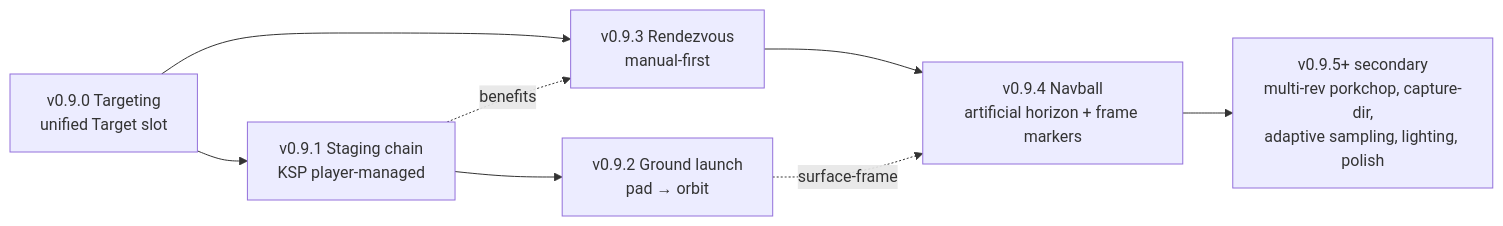
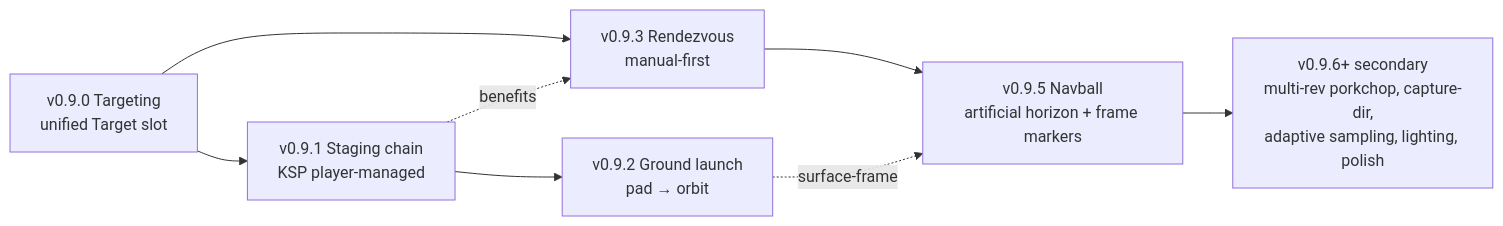
Before and after one commit to jasonfen/terminal-space-program: the diagram in docs/v0.9-plan.md, drawn with Mermaid. The commit also changed other lines of this file and 10 other files, not shown here.

````diff
--- a/docs/v0.9-plan.md
+++ b/docs/v0.9-plan.md
@@ -1013,10 +1015,10 @@
 ```mermaid
 graph LR
   T[v0.9.0 Targeting<br/>unified Target slot] --> S[v0.9.1 Staging chain<br/>KSP player-managed]
   S --> L[v0.9.2 Ground launch<br/>pad → orbit]
   T --> R[v0.9.3 Rendezvous<br/>manual-first]
   S -.benefits.-> R
-  R --> N[v0.9.4 Navball<br/>artificial horizon + frame markers]
+  R --> N[v0.9.5 Navball<br/>artificial horizon + frame markers]
   L -.surface-frame.-> N
-  N --> POLISH[v0.9.5+ secondary<br/>multi-rev porkchop, capture-dir,<br/>adaptive sampling, lighting, polish]
+  N --> POLISH[v0.9.6+ secondary<br/>multi-rev porkchop, capture-dir,<br/>adaptive sampling, lighting, polish]
 ```
````
